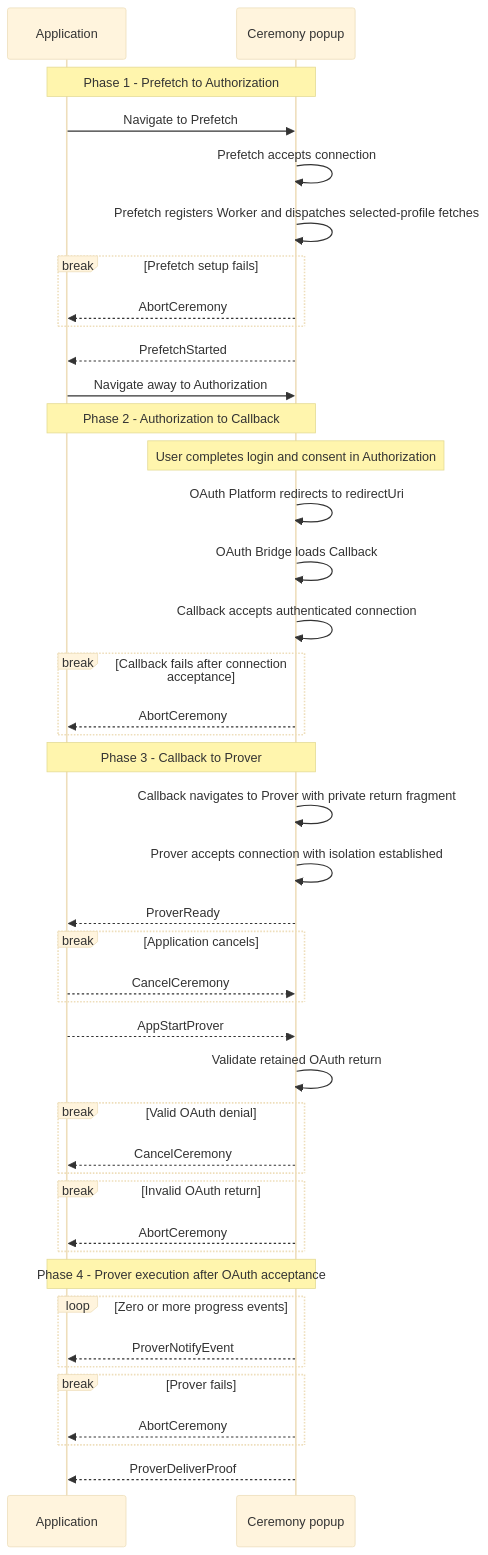
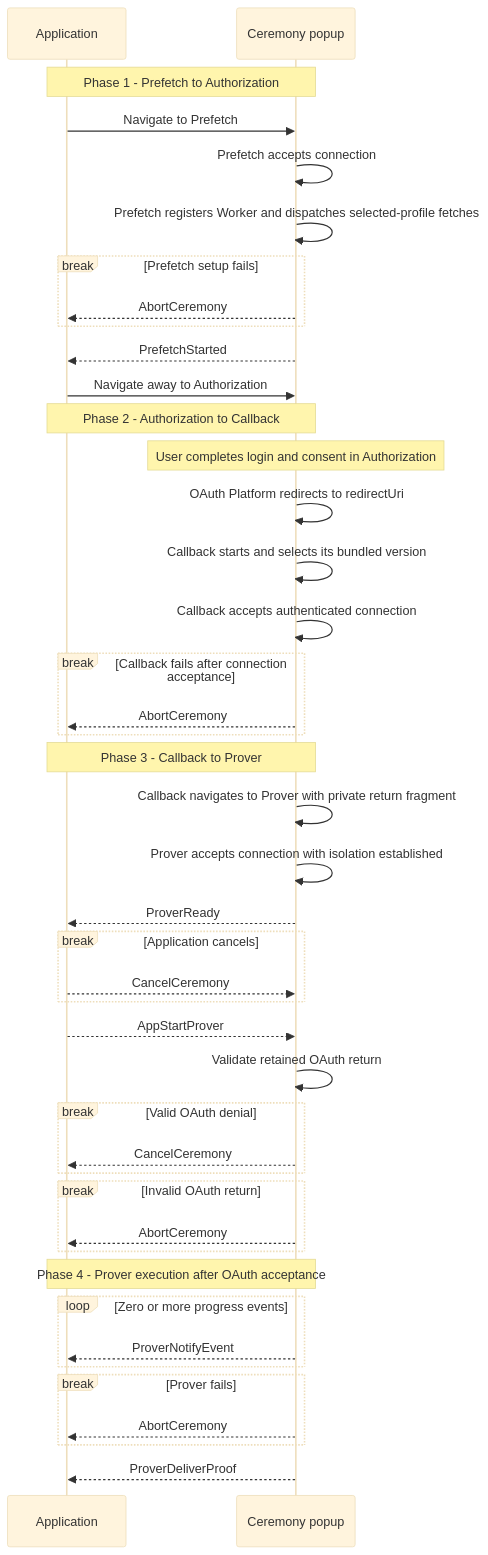
The diagram in ts/packages/ceremony/CCDP.md (libid-org/libid), drawn with Mermaid (base theme) before and after one commit. The commit also changed other lines of this file and 5 other files, not shown here.

````diff
--- a/ts/packages/ceremony/CCDP.md
+++ b/ts/packages/ceremony/CCDP.md
@@ -491,49 +502,49 @@
 ```mermaid
 sequenceDiagram
     participant A as Application
     participant P as Ceremony popup
 
     Note over A,P: Phase 1 - Prefetch to Authorization
     A->>P: Navigate to Prefetch
     P->>P: Prefetch accepts connection
     P->>P: Prefetch registers Worker and dispatches selected-profile fetches
     break Prefetch setup fails
         P-->>A: AbortCeremony
     end
     P-->>A: PrefetchStarted
     A->>P: Navigate away to Authorization
 
     Note over A,P: Phase 2 - Authorization to Callback
     Note over P: User completes login and consent in Authorization
     P->>P: OAuth Platform redirects to redirectUri
-    P->>P: OAuth Bridge loads Callback
+    P->>P: Callback starts and selects its bundled version
     P->>P: Callback accepts authenticated connection
     break Callback fails after connection acceptance
         P-->>A: AbortCeremony
     end
 
     Note over A,P: Phase 3 - Callback to Prover
     P->>P: Callback navigates to Prover with private return fragment
     P->>P: Prover accepts connection with isolation established
     P-->>A: ProverReady
     break Application cancels
         A-->>P: CancelCeremony
     end
     A-->>P: AppStartProver
 
     P->>P: Validate retained OAuth return
     break Valid OAuth denial
         P-->>A: CancelCeremony
     end
     break Invalid OAuth return
         P-->>A: AbortCeremony
     end
     Note over A,P: Phase 4 - Prover execution after OAuth acceptance
     loop Zero or more progress events
         P-->>A: ProverNotifyEvent
     end
     break Prover fails
         P-->>A: AbortCeremony
     end
     P-->>A: ProverDeliverProof
 ```
````
